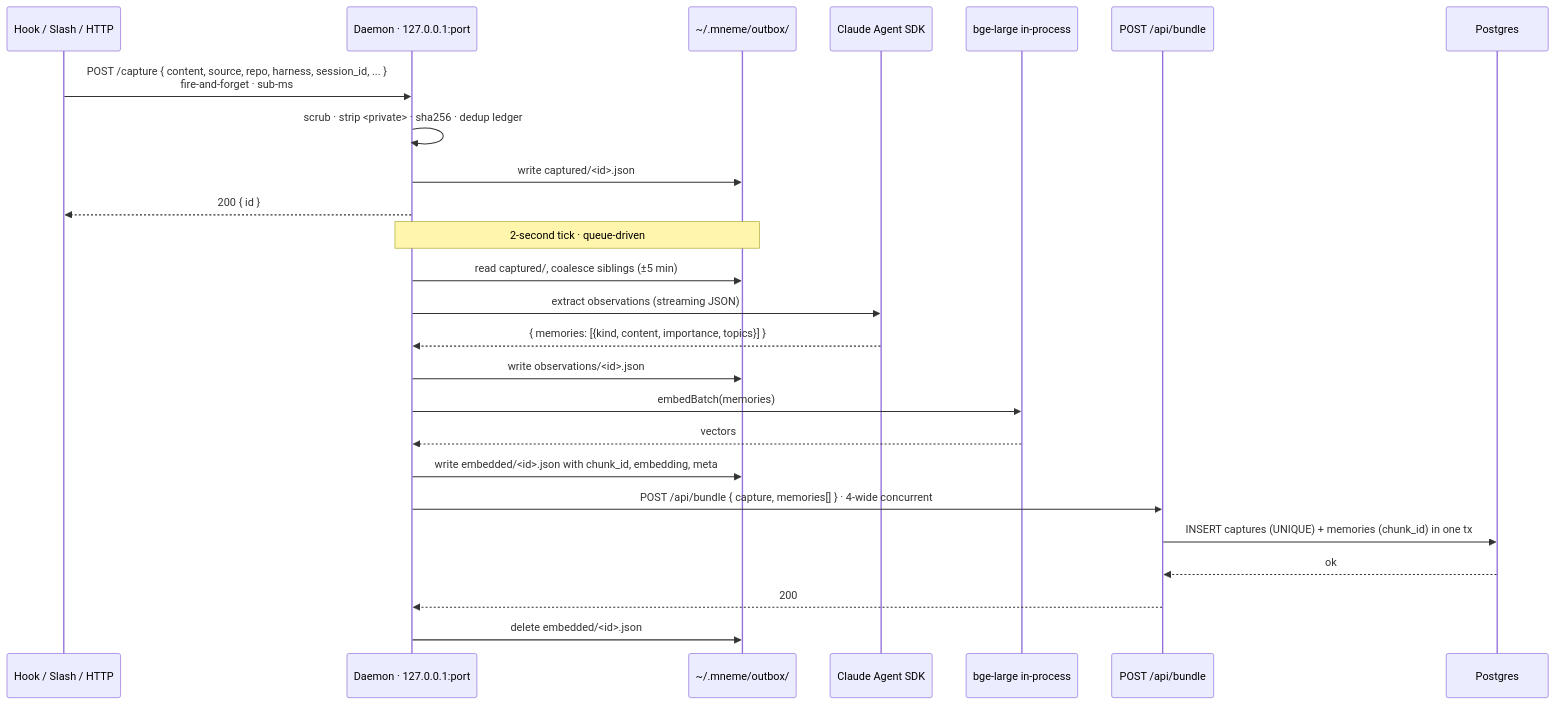
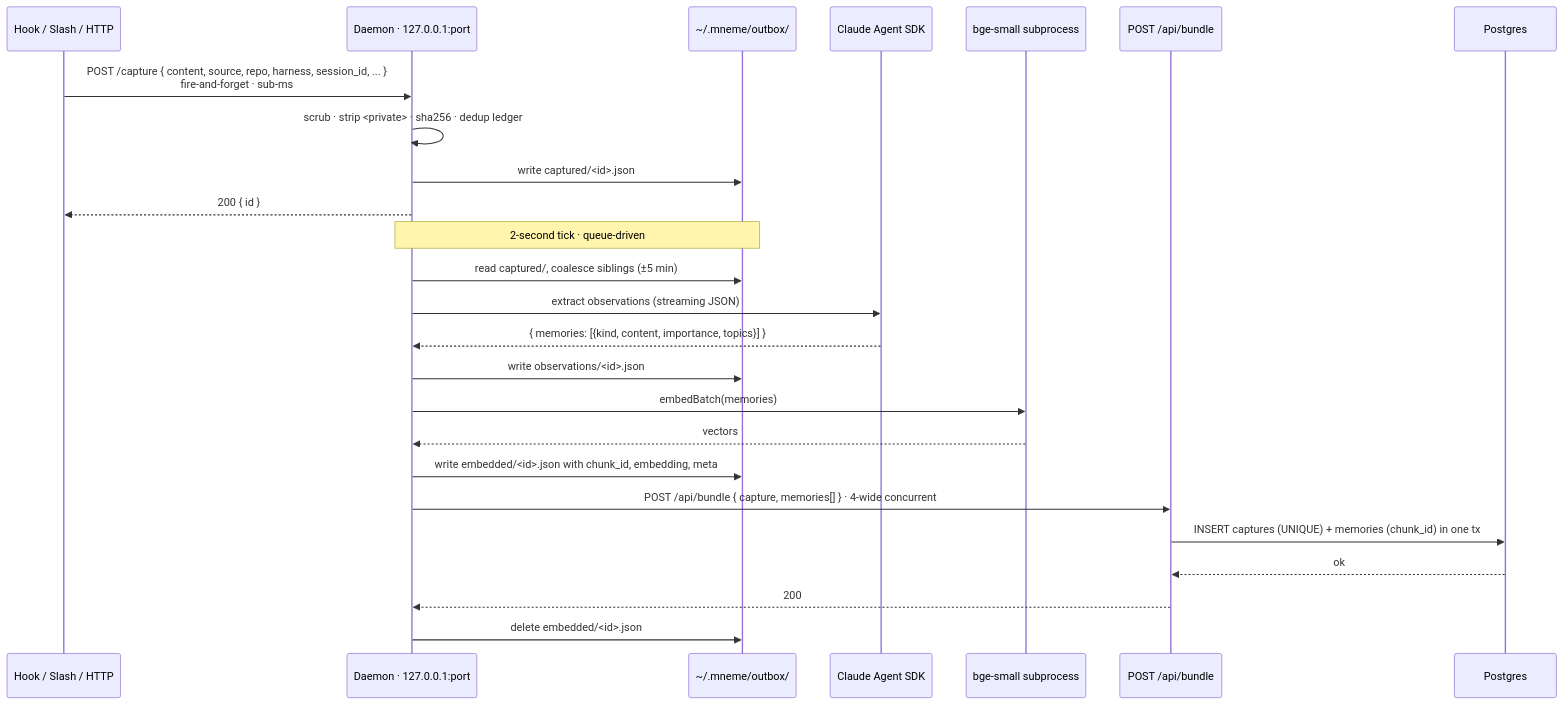
The diagram in docs/capture-pipeline.md (j10ra/mneme), drawn with Mermaid before and after one commit. The commit also changed other lines of this file and 14 other files, not shown here.

````diff
--- a/docs/capture-pipeline.md
+++ b/docs/capture-pipeline.md
@@ -11,30 +11,30 @@
 ```mermaid
 sequenceDiagram
     participant Hook as Hook / Slash / HTTP
     participant Daemon as Daemon · 127.0.0.1:port
     participant Outbox as ~/.mneme/outbox/
     participant Agent as Claude Agent SDK
-    participant EMB as bge-large in-process
+    participant EMB as bge-small subprocess
     participant Server as POST /api/bundle
     participant DB as Postgres
 
     Hook->>Daemon: POST /capture { content, source, repo, harness, session_id, ... }<br/>fire-and-forget · sub-ms
     Daemon->>Daemon: scrub · strip <private> · sha256 · dedup ledger
     Daemon->>Outbox: write captured/<id>.json
     Daemon-->>Hook: 200 { id }
 
     Note over Daemon,Outbox: 2-second tick · queue-driven
     Daemon->>Outbox: read captured/, coalesce siblings (±5 min)
     Daemon->>Agent: extract observations (streaming JSON)
     Agent-->>Daemon: { memories: [{kind, content, importance, topics}] }
     Daemon->>Outbox: write observations/<id>.json
     Daemon->>EMB: embedBatch(memories)
     EMB-->>Daemon: vectors
     Daemon->>Outbox: write embedded/<id>.json with chunk_id, embedding, meta
 
     Daemon->>Server: POST /api/bundle { capture, memories[] } · 4-wide concurrent
     Server->>DB: INSERT captures (UNIQUE) + memories (chunk_id) in one tx
     DB-->>Server: ok
     Server-->>Daemon: 200
     Daemon->>Outbox: delete embedded/<id>.json
 ```
````
